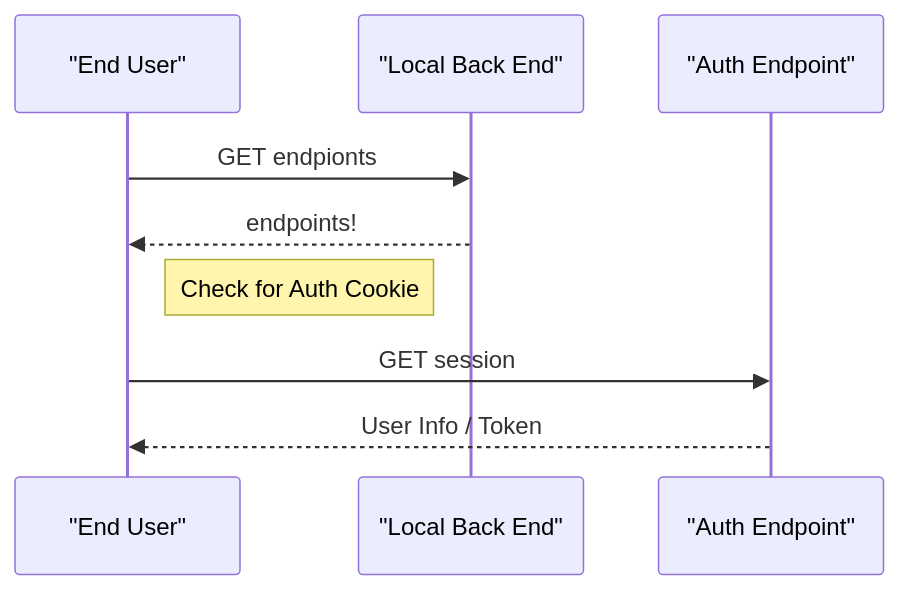
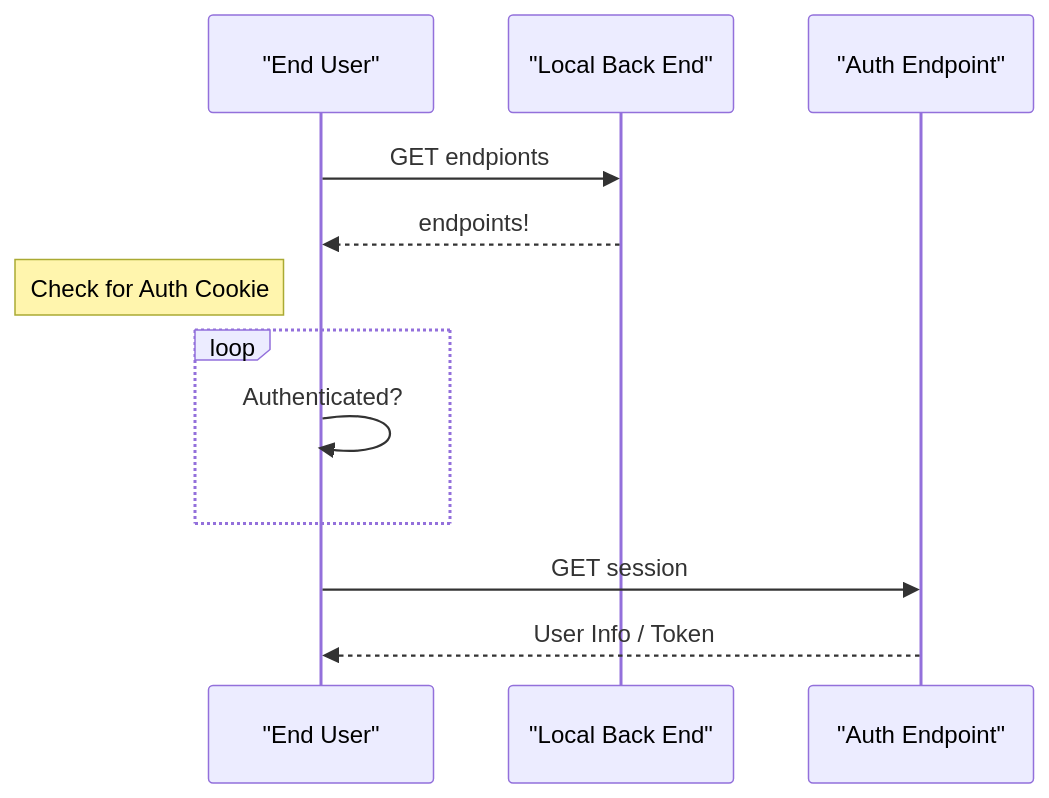
Before and after one commit to rayjlim/calendar_tracker: the diagram in docs/index.md, drawn with Mermaid. The commit also changed other lines of this file and 4 other files, not shown here.

Commit message:
💄 better looking montly/yearly graphs

````diff
--- a/docs/index.md
+++ b/docs/index.md
@@ -21,8 +24,11 @@
 ```mermaid
 sequenceDiagram
     "End User"->>"Local Back End": GET endpionts
     "Local Back End"-->>"End User": endpoints!
-    Note right of "End User": Check for Auth Cookie
+    Note left of "End User": Check for Auth Cookie
+    loop
+      "End User"->>"End User": Authenticated?
+    end
     "End User"->>"Auth Endpoint": GET session
     "Auth Endpoint"-->>"End User": User Info / Token
 ```
````
